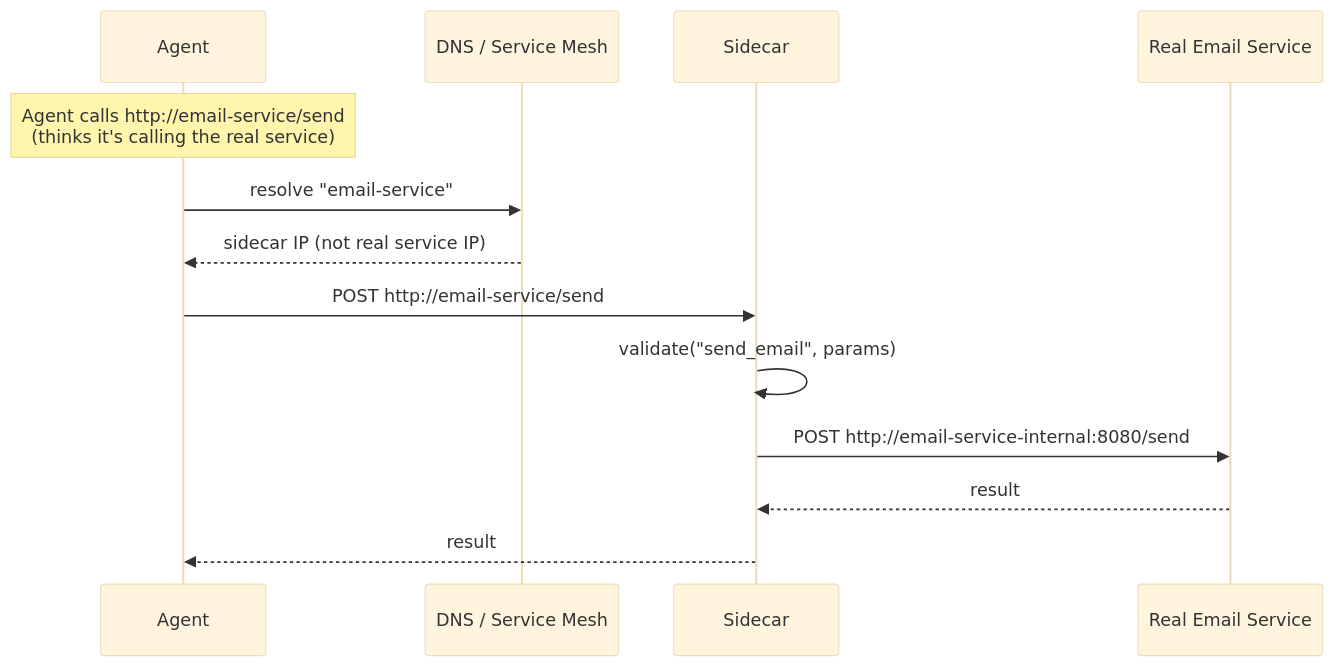
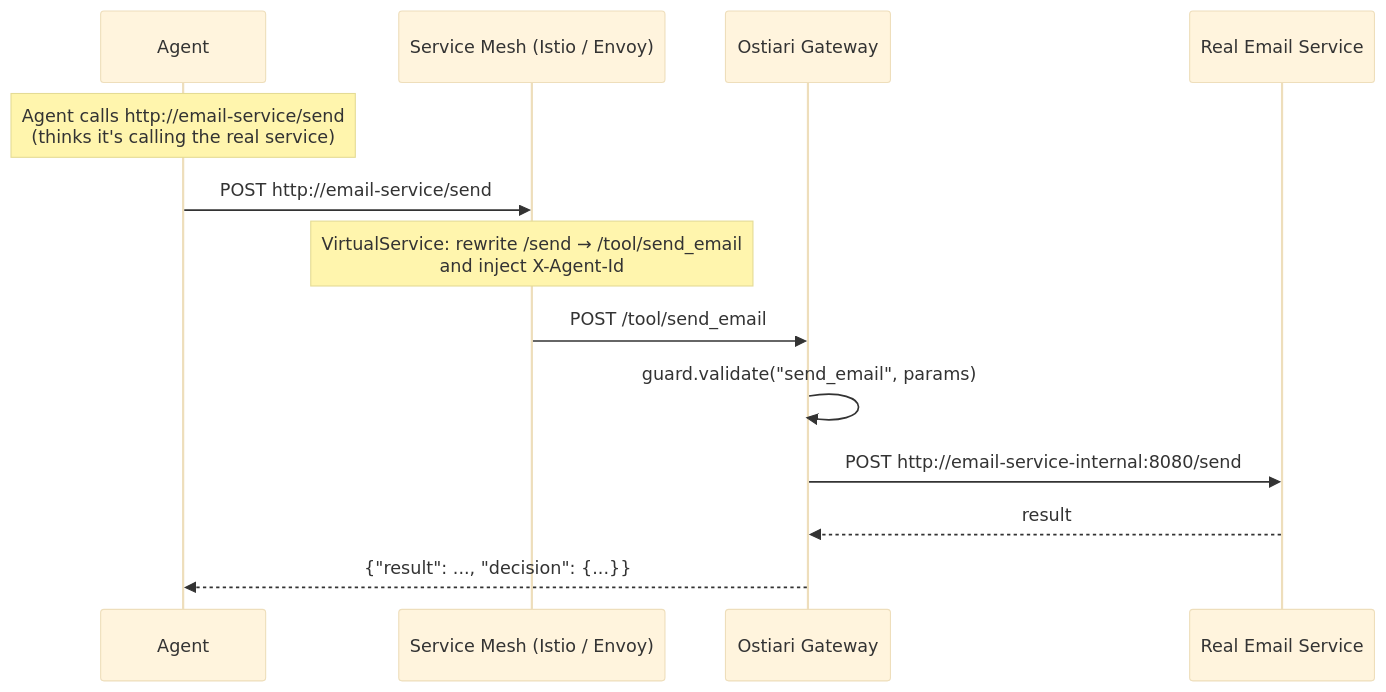
One commit to hk-775/ostiari changed the tenth of 41 diagrams in docs/gateway-architecture.md. Above: the diagram before and after it, drawn with Mermaid (base theme). The commit also changed other lines of this file and 21 other files, not shown here.

````diff
--- a/docs/gateway-architecture.md
+++ b/docs/gateway-architecture.md
@@ -602,16 +861,16 @@
 ```mermaid
 sequenceDiagram
     participant Agent
-    participant DNS as DNS / Service Mesh
-    participant Sidecar
+    participant Mesh as Service Mesh (Istio / Envoy)
+    participant Gateway as Ostiari Gateway
     participant RealService as Real Email Service
 
     Note over Agent: Agent calls http://email-service/send<br/>(thinks it's calling the real service)
-    Agent->>DNS: resolve "email-service"
-    DNS-->>Agent: sidecar IP (not real service IP)
-    Agent->>Sidecar: POST http://email-service/send
-    Sidecar->>Sidecar: validate("send_email", params)
-    Sidecar->>RealService: POST http://email-service-internal:8080/send
-    RealService-->>Sidecar: result
-    Sidecar-->>Agent: result
+    Agent->>Mesh: POST http://email-service/send
+    Note over Mesh: VirtualService: rewrite /send → /tool/send_email<br/>and inject X-Agent-Id
+    Mesh->>Gateway: POST /tool/send_email
+    Gateway->>Gateway: guard.validate("send_email", params)
+    Gateway->>RealService: POST http://email-service-internal:8080/send
+    RealService-->>Gateway: result
+    Gateway-->>Agent: {"result": ..., "decision": {...}}
 ```
````
